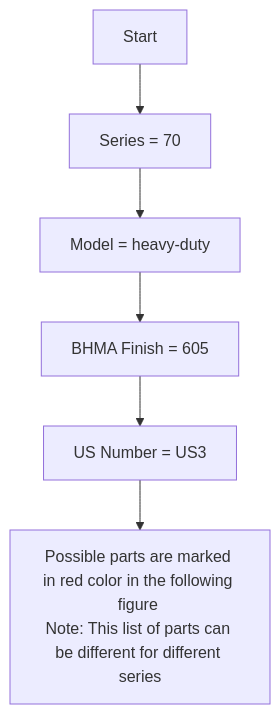
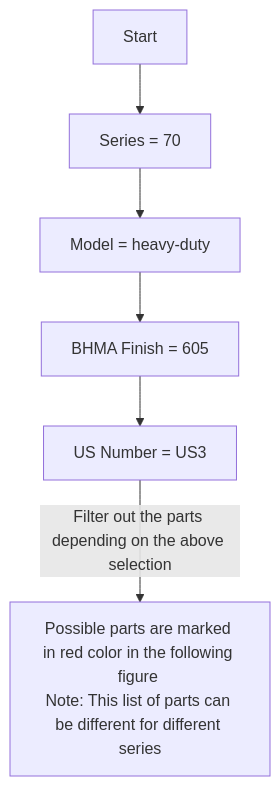
Before and after one commit to alokdas81/diamond-pricebook-diagram: the fourth of 4 diagrams in README.md, drawn with Mermaid.

Commit message:
readme updated

````diff
--- a/README.md
+++ b/README.md
@@ -328,6 +328,6 @@
 ```mermaid
 flowchart TD
 
 A[Start] --> B[Series = 70] --> C[Model = heavy-duty]
-C --> D[BHMA Finish = 605] --> E[US Number = US3] --> F[Possible parts are marked in red color in the following figure \n Note: This list of parts can  be different for different series]
+C --> D[BHMA Finish = 605] --> E[US Number = US3] --> |Filter out the parts depending on the above selection| F[Possible parts are marked in red color in the following figure \n Note: This list of parts can  be different for different series]
 ```
````
